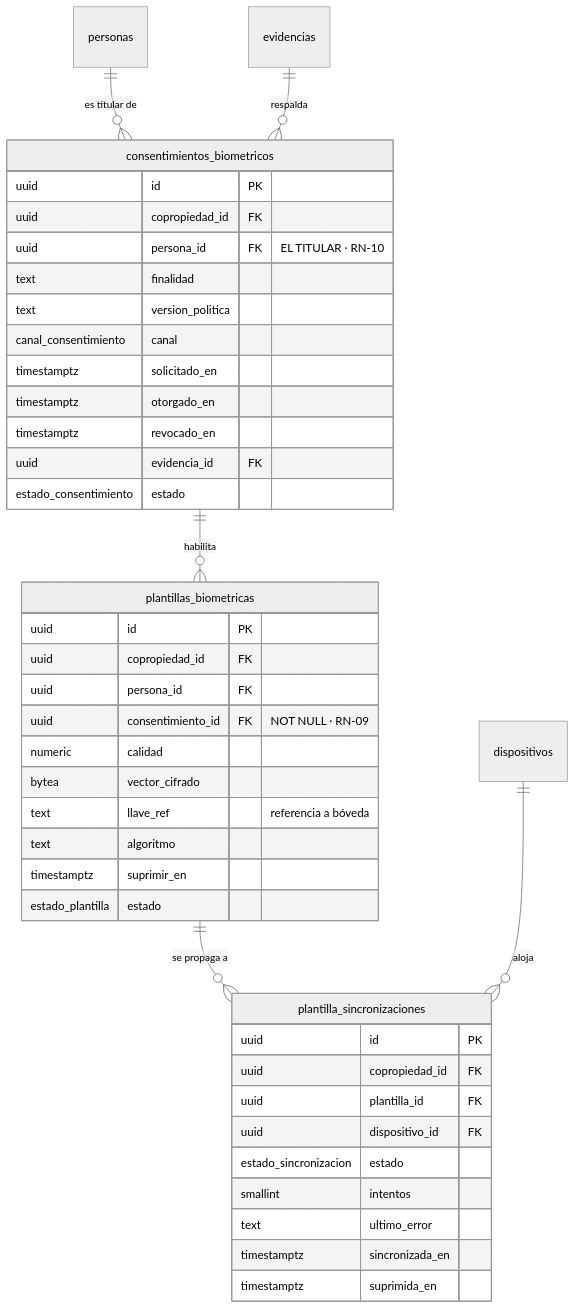
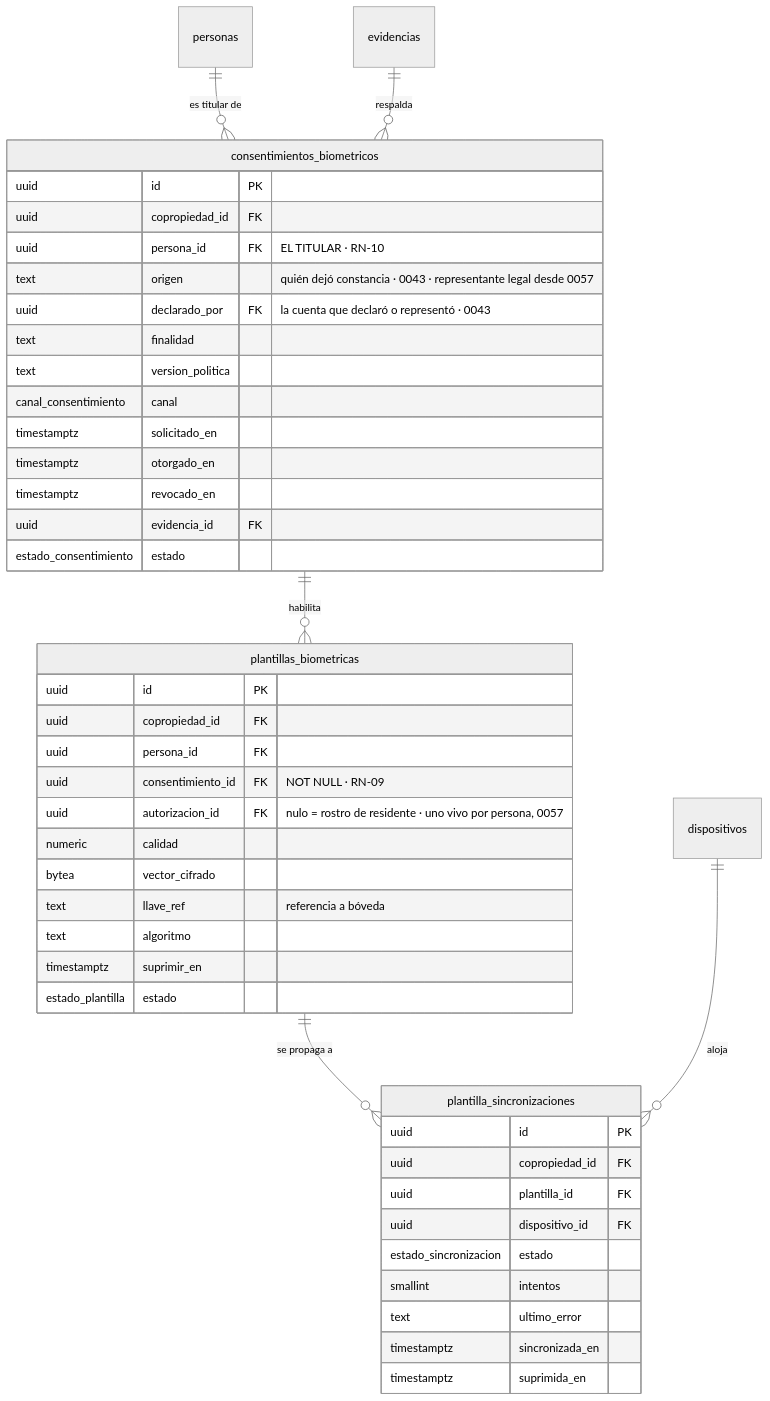
One commit to 4rg3n15/NextResidential changed the fourth of 5 diagrams in docs/arquitectura/modelo-datos.md. Above: the diagram before and after it, drawn with Mermaid (neutral theme). The commit also changed other lines of this file and 3 other files, not shown here.

````diff
--- a/docs/arquitectura/modelo-datos.md
+++ b/docs/arquitectura/modelo-datos.md
@@ -346,45 +357,48 @@
 ```mermaid
 erDiagram
     personas ||--o{ consentimientos_biometricos : "es titular de"
     consentimientos_biometricos ||--o{ plantillas_biometricas : "habilita"
     plantillas_biometricas ||--o{ plantilla_sincronizaciones : "se propaga a"
     dispositivos ||--o{ plantilla_sincronizaciones : "aloja"
     evidencias ||--o{ consentimientos_biometricos : "respalda"
 
     consentimientos_biometricos {
         uuid id PK
         uuid copropiedad_id FK
         uuid persona_id FK "EL TITULAR · RN-10"
+        text origen "quién dejó constancia · 0043 · representante legal desde 0057"
+        uuid declarado_por FK "la cuenta que declaró o representó · 0043"
         text finalidad
         text version_politica
         canal_consentimiento canal
         timestamptz solicitado_en
         timestamptz otorgado_en
         timestamptz revocado_en
         uuid evidencia_id FK
         estado_consentimiento estado
     }
     plantillas_biometricas {
         uuid id PK
         uuid copropiedad_id FK
         uuid persona_id FK
         uuid consentimiento_id FK "NOT NULL · RN-09"
+        uuid autorizacion_id FK "nulo = rostro de residente · uno vivo por persona, 0057"
         numeric calidad
         bytea vector_cifrado
         text llave_ref "referencia a bóveda"
         text algoritmo
         timestamptz suprimir_en
         estado_plantilla estado
     }
     plantilla_sincronizaciones {
         uuid id PK
         uuid copropiedad_id FK
         uuid plantilla_id FK
         uuid dispositivo_id FK
         estado_sincronizacion estado
         smallint intentos
         text ultimo_error
         timestamptz sincronizada_en
         timestamptz suprimida_en
     }
 ```
````
